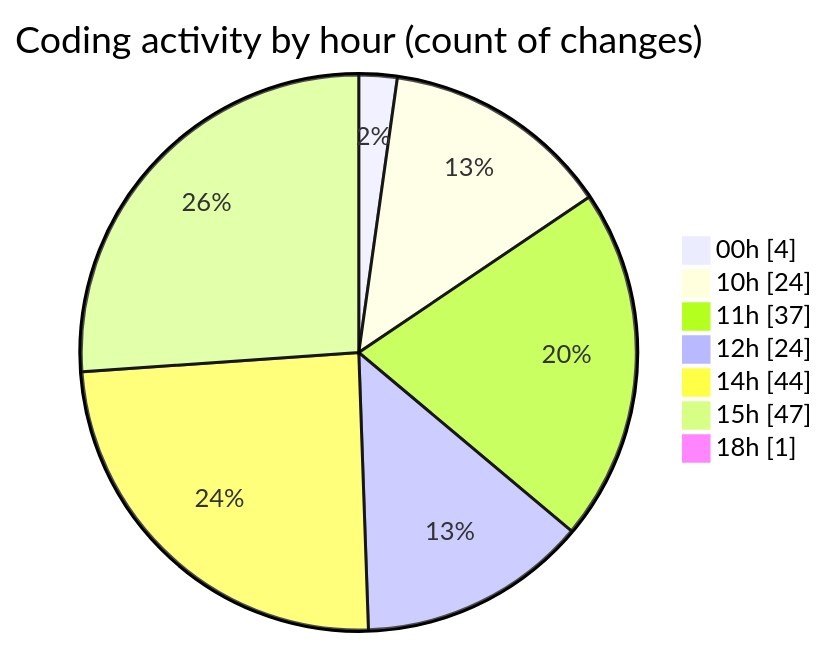
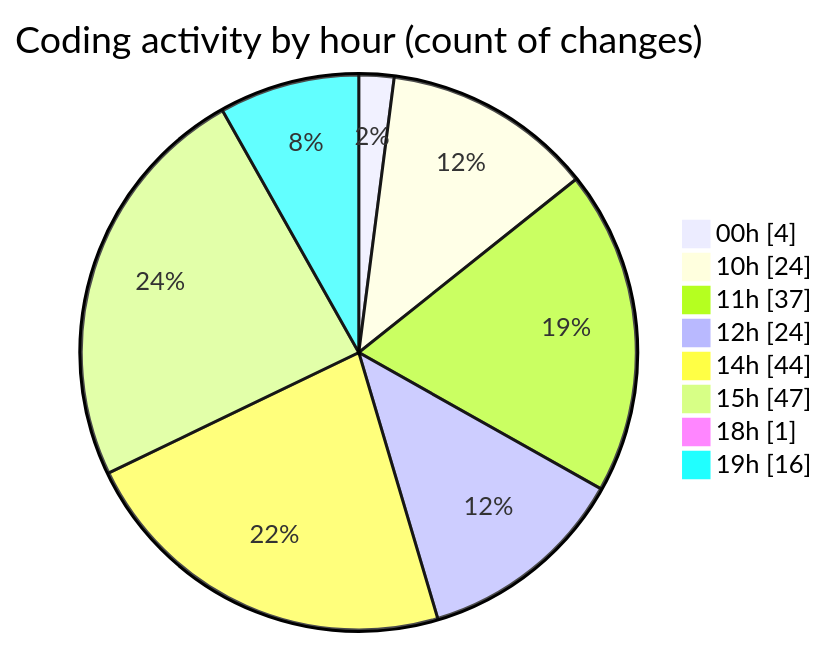
One commit to Netris89/code-tracking changed the second of 2 diagrams in 2025-04-04/back-end/README.md. Above: the diagram before and after it, drawn with Mermaid. The commit also changed other lines of this file and 1 other file, not shown here.

````diff
--- a/2025-04-04/back-end/README.md
+++ b/2025-04-04/back-end/README.md
@@ -52,11 +53,12 @@
 ```mermaid
 pie showData
 title Coding activity by hour (count of changes)
 "00h" : 4
 "10h" : 24
 "11h" : 37
 "12h" : 24
 "14h" : 44
 "15h" : 47
 "18h" : 1
+"19h" : 16
 ```
````
